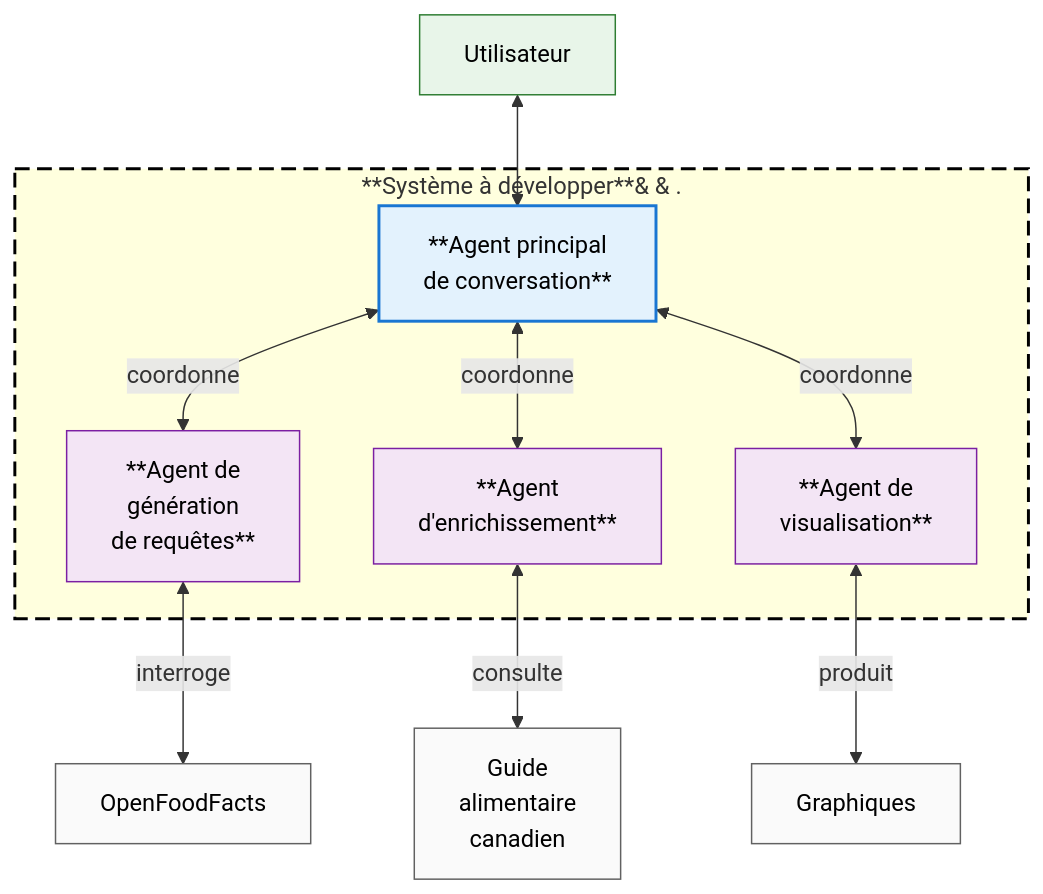
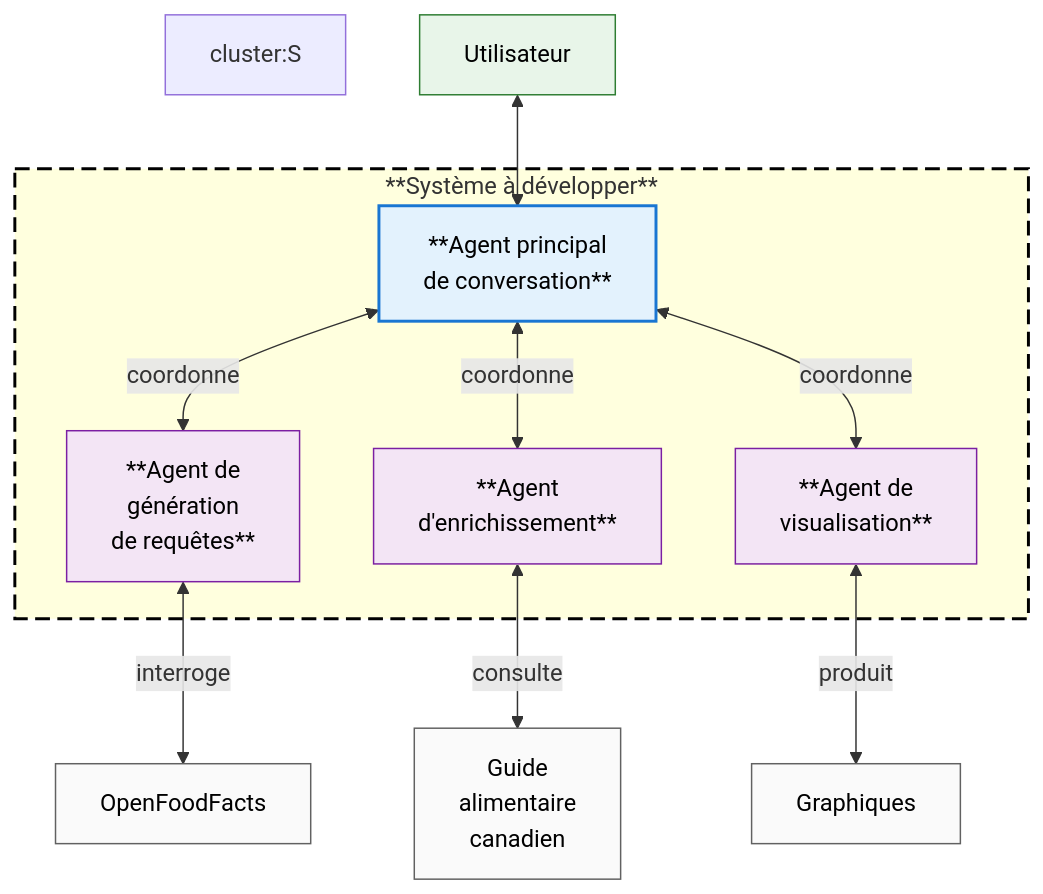
Before and after one commit to boisalai/ift-6005: the second of 2 diagrams in docs/markdown/plan.md, drawn with Mermaid.

````diff
--- a/docs/markdown/plan.md
+++ b/docs/markdown/plan.md
@@ -93,32 +93,35 @@
 ```mermaid
 graph TD
     %% Définition de classes avec texte en noir
     classDef main fill:#e3f2fd,stroke:#1976d2,color:#000000,stroke-width:2px
     classDef agent fill:#f3e5f5,stroke:#7b1fa2,color:#000000
     classDef resource fill:#fafafa,stroke:#616161,color:#000000
     classDef user fill:#e8f5e9,stroke:#2e7d32,color:#000000
     classDef system_border stroke:#000000,stroke-width:2px,stroke-dasharray:10 5
 
+    %% Alignement du titre du système
+    style cluster:S label text-anchor:start
+
     U["Utilisateur"] <--> MA
 
-    subgraph S[**Système à développer**&#10;&#10;.]
+    subgraph S[**Système à développer**]
         MA["**Agent principal<br>de conversation**"]
         A1["**Agent de<br>génération<br>de requêtes**"]
         A2["**Agent<br>d'enrichissement**"]
         A3["**Agent de<br>visualisation**"]
         
         MA <-->|coordonne| A1
         MA <-->|coordonne| A2
         MA <-->|coordonne| A3
     end
     
     A1 <-->|interroge| DB["OpenFoodFacts"]
     A2 <-->|consulte| GAC["Guide<br>alimentaire<br>canadien"]
     A3 <-->|produit| V["Graphiques"]
     
     class MA main
     class A1,A2,A3 agent
     class DB,GAC,V resource
     class U user
     class S system_border
 ```
````
